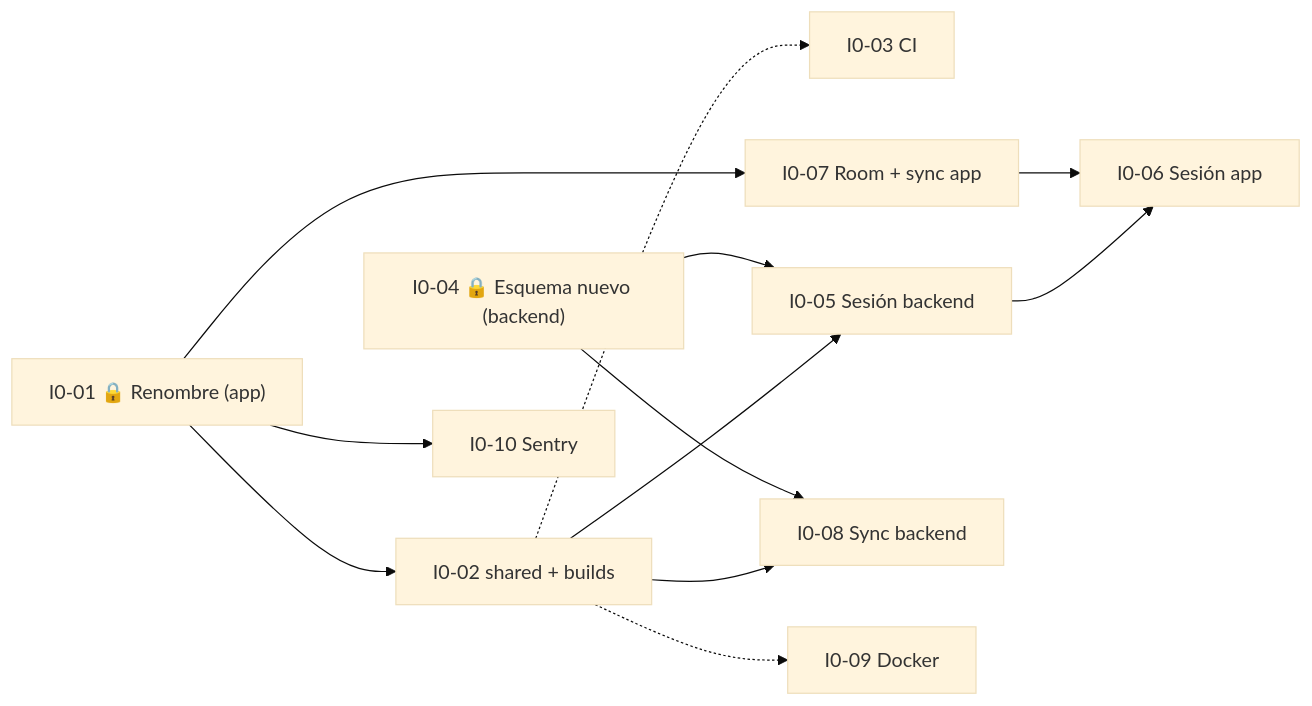
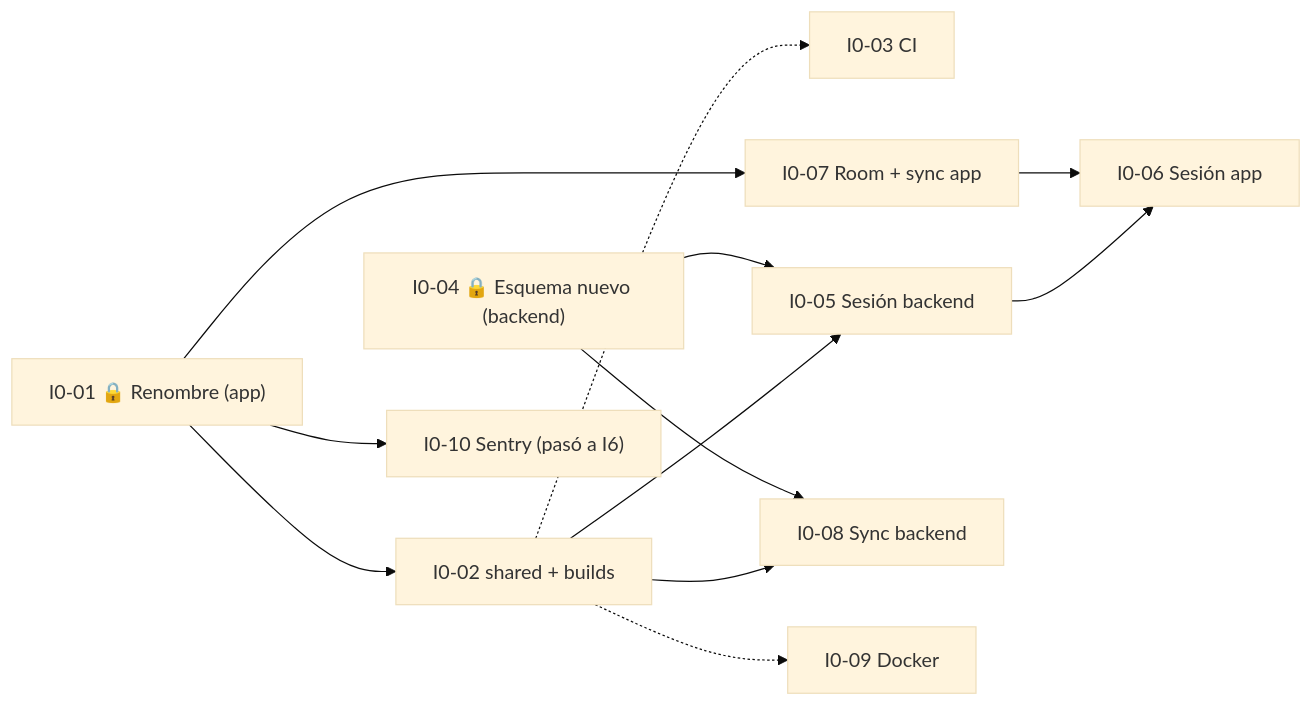
Before and after one commit to NelsonLoto/pasitos: the diagram in docs/plan/I0-fundaciones.md, drawn with Mermaid (base theme). The commit also changed other lines of this file and 5 other files, not shown here.

````diff
--- a/docs/plan/I0-fundaciones.md
+++ b/docs/plan/I0-fundaciones.md
@@ -20,25 +20,25 @@
 ```mermaid
 flowchart LR
     T01["I0-01 🔒 Renombre (app)"]
     T02[I0-02 shared + builds]
     T03[I0-03 CI]
     T04["I0-04 🔒 Esquema nuevo (backend)"]
     T05[I0-05 Sesión backend]
     T06[I0-06 Sesión app]
     T07[I0-07 Room + sync app]
     T08[I0-08 Sync backend]
     T09[I0-09 Docker]
-    T10[I0-10 Sentry]
+    T10["I0-10 Sentry (pasó a I6)"]
 
     T01 --> T02
     T01 --> T07
     T01 --> T10
     T02 --> T05
     T02 --> T08
     T04 --> T05
     T04 --> T08
     T05 --> T06
     T07 --> T06
     T02 -.-> T09
     T02 -.-> T03
 ```
````
